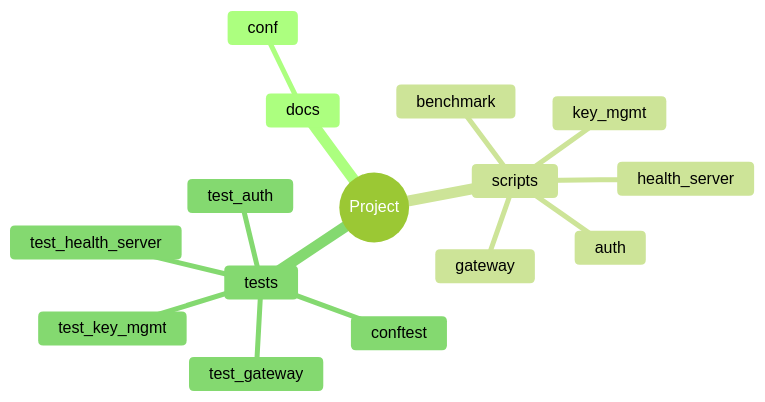
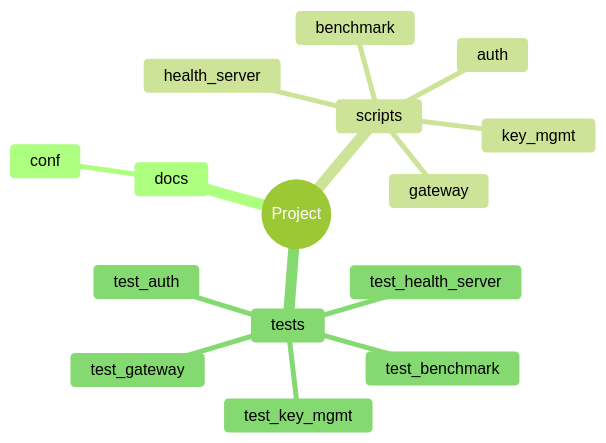
Before and after one commit to zepfu/llama-gguf-inference: the fifth of 8 diagrams in docs/auto/ARCHITECTURE_AUTO.md, drawn with Mermaid (forest theme). The commit also changed other lines of this file and 2 other files, not shown here.

````diff
--- a/docs/auto/ARCHITECTURE_AUTO.md
+++ b/docs/auto/ARCHITECTURE_AUTO.md
@@ -179,18 +176,18 @@
 ```mermaid
 mindmap
   root((Project))
     docs
       conf
     scripts
+      auth
+      key_mgmt
       health_server
-      key_mgmt
-      auth
+      benchmark
       gateway
-      benchmark
     tests
       test_auth
+      test_gateway
+      test_benchmark
       test_key_mgmt
       test_health_server
-      conftest
-      test_gateway
 ```
````
